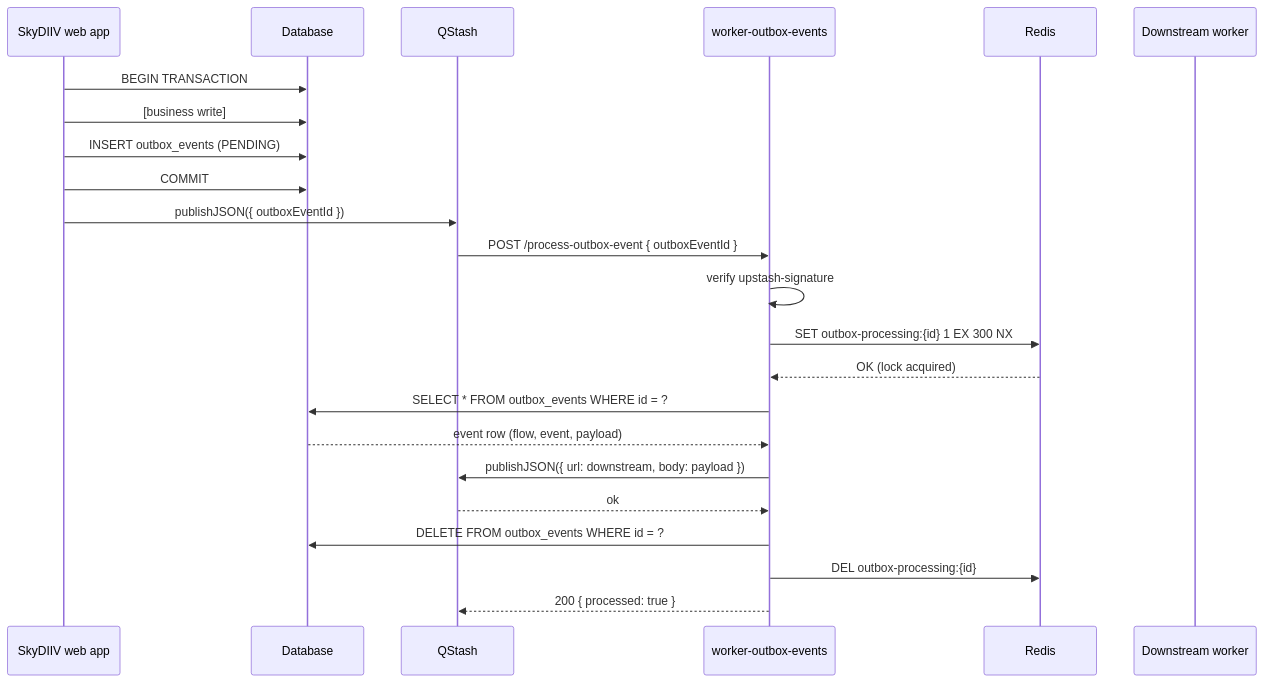
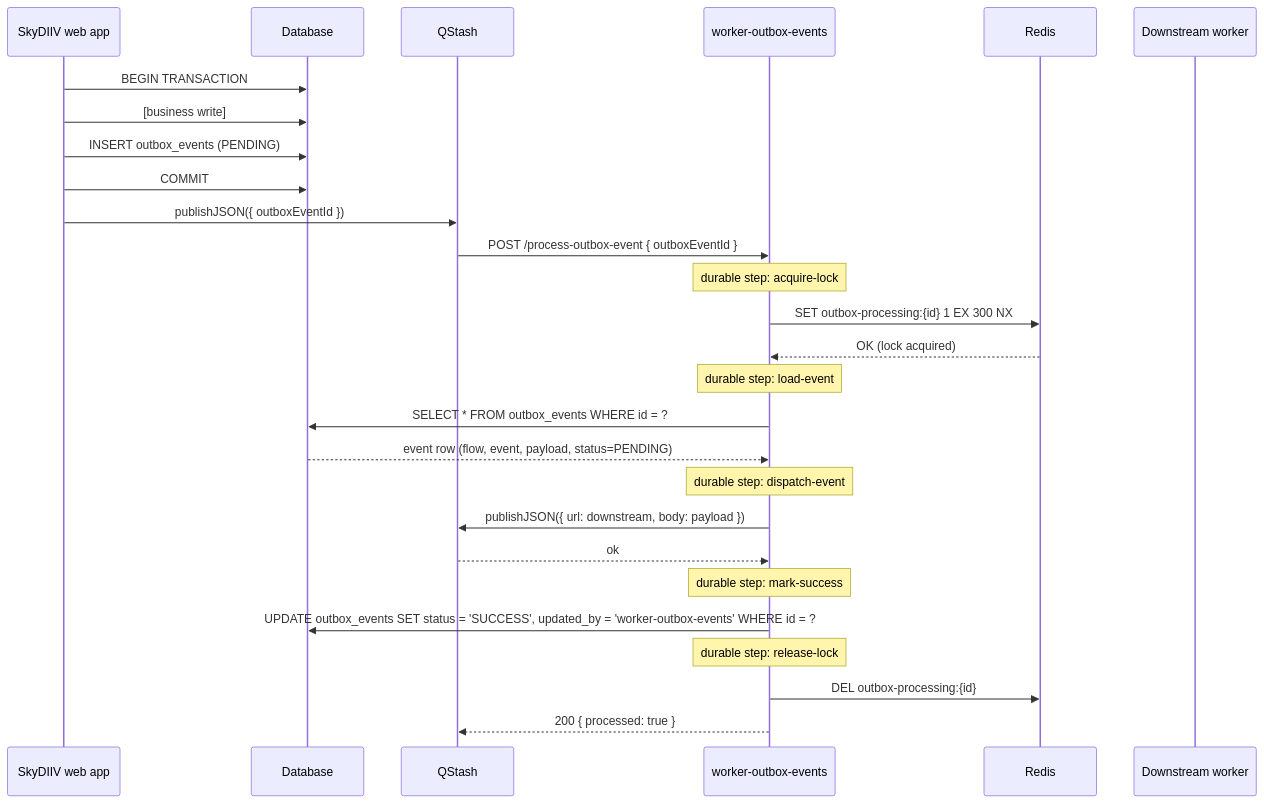
One commit to emmanuelviniciusdev/SkyDIIV--backstage changed the second of 2 diagrams in apps/worker-outbox-events/docs/PROCESS_OUTBOX_EVENT.md. Above: the diagram before and after it, drawn with Mermaid. The commit also changed other lines of this file and 25 other files, not shown here.

Commit message:
refactor: update outbox_events.status instead of deleting the record (process-outbox-event)

````diff
--- a/apps/worker-outbox-events/docs/PROCESS_OUTBOX_EVENT.md
+++ b/apps/worker-outbox-events/docs/PROCESS_OUTBOX_EVENT.md
@@ -315,27 +358,31 @@
 ```mermaid
 sequenceDiagram
     participant WEB as SkyDIIV web app
     participant DB as Database
     participant MQ as QStash
     participant WORKER as worker-outbox-events
     participant REDIS as Redis
     participant DS as Downstream worker
 
     WEB->>DB: BEGIN TRANSACTION
     WEB->>DB: [business write]
     WEB->>DB: INSERT outbox_events (PENDING)
     WEB->>DB: COMMIT
     WEB->>MQ: publishJSON({ outboxEventId })
 
     MQ->>WORKER: POST /process-outbox-event { outboxEventId }
-    WORKER->>WORKER: verify upstash-signature
+    Note over WORKER: durable step: acquire-lock
     WORKER->>REDIS: SET outbox-processing:{id} 1 EX 300 NX
     REDIS-->>WORKER: OK (lock acquired)
+    Note over WORKER: durable step: load-event
     WORKER->>DB: SELECT * FROM outbox_events WHERE id = ?
-    DB-->>WORKER: event row (flow, event, payload)
+    DB-->>WORKER: event row (flow, event, payload, status=PENDING)
+    Note over WORKER: durable step: dispatch-event
     WORKER->>MQ: publishJSON({ url: downstream, body: payload })
     MQ-->>WORKER: ok
-    WORKER->>DB: DELETE FROM outbox_events WHERE id = ?
+    Note over WORKER: durable step: mark-success
+    WORKER->>DB: UPDATE outbox_events SET status = 'SUCCESS', updated_by = 'worker-outbox-events' WHERE id = ?
+    Note over WORKER: durable step: release-lock
     WORKER->>REDIS: DEL outbox-processing:{id}
     WORKER-->>MQ: 200 { processed: true }
 ```
````
